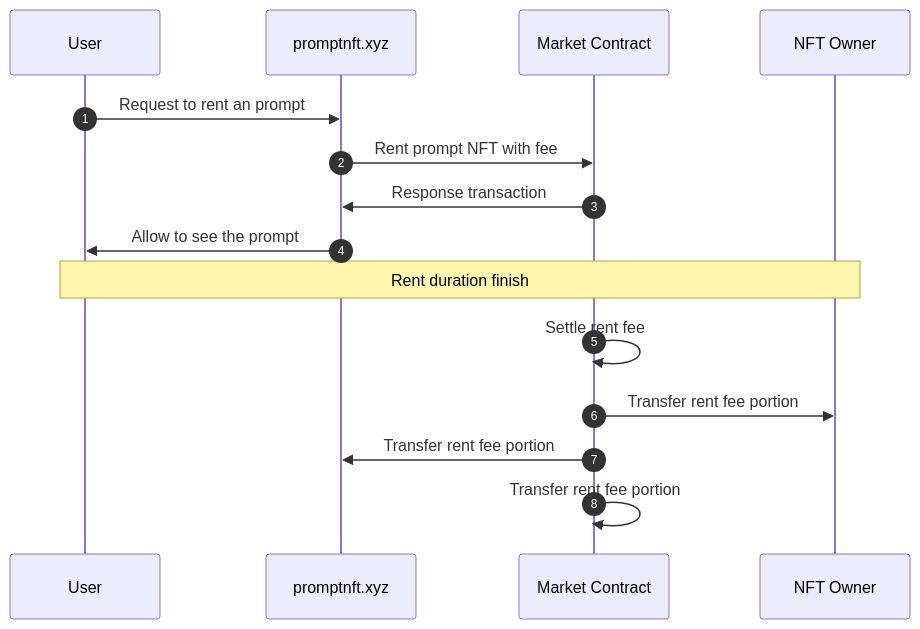
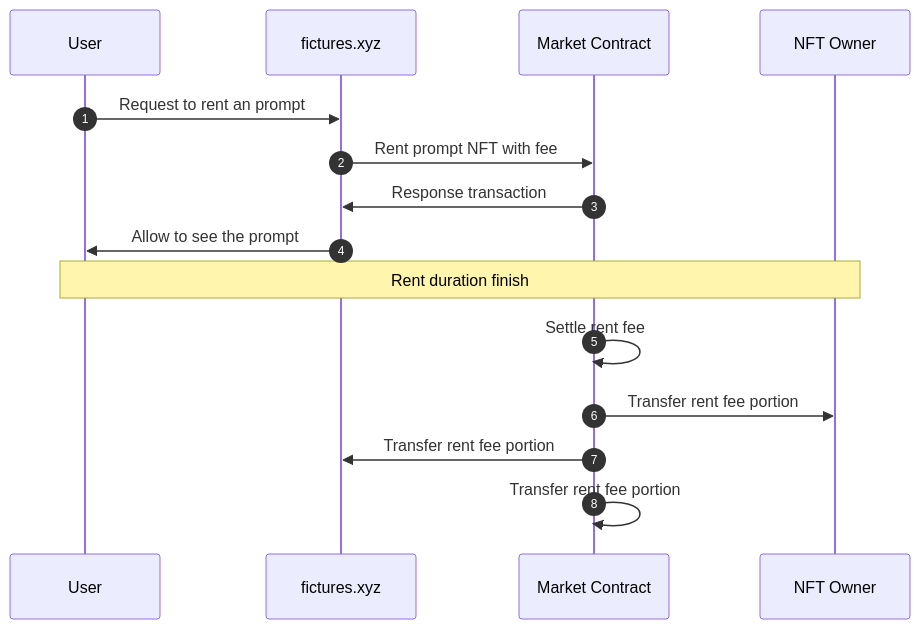
The diagram in en/service/fictures.md (realbits-lab/gitbook), drawn with Mermaid before and after one commit.

Commit message:
GITBOOK-21: change request with no subject merged in GitBook

````diff
--- a/en/service/fictures.md
+++ b/en/service/fictures.md
@@ -25,20 +25,20 @@
 ```mermaid
 sequenceDiagram
 
 autonumber
 
 participant U as User
-participant S as promptnft.xyz
+participant S as fictures.xyz
 participant M as Market Contract
 participant O as NFT Owner
 
 U->>S: Request to rent an prompt
 S->>M: Rent prompt NFT with fee
 M->>S: Response transaction
 S->>U: Allow to see the prompt
 Note over U,O: Rent duration finish
 M->>M: Settle rent fee
 M->>O: Transfer rent fee portion
 M->>S: Transfer rent fee portion
 M->>M: Transfer rent fee portion
 ```
````
